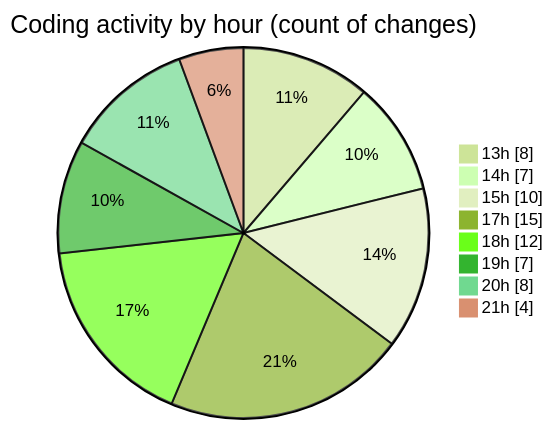
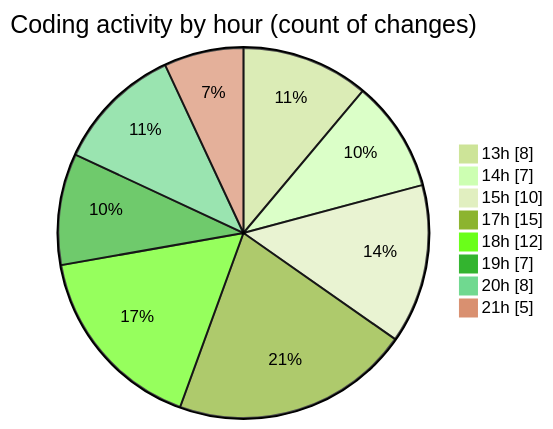
One commit to BS-eng2023/code-tracking changed the second of 2 diagrams in 2025-04-03/jsvms/README.md. Above: the diagram before and after it, drawn with Mermaid (forest theme). The commit also changed other lines of this file and 1 other file, not shown here.

````diff
--- a/2025-04-03/jsvms/README.md
+++ b/2025-04-03/jsvms/README.md
@@ -43,12 +43,12 @@
 ```mermaid
 pie showData
 title Coding activity by hour (count of changes)
 "13h" : 8
 "14h" : 7
 "15h" : 10
 "17h" : 15
 "18h" : 12
 "19h" : 7
 "20h" : 8
-"21h" : 4
+"21h" : 5
 ```
````
